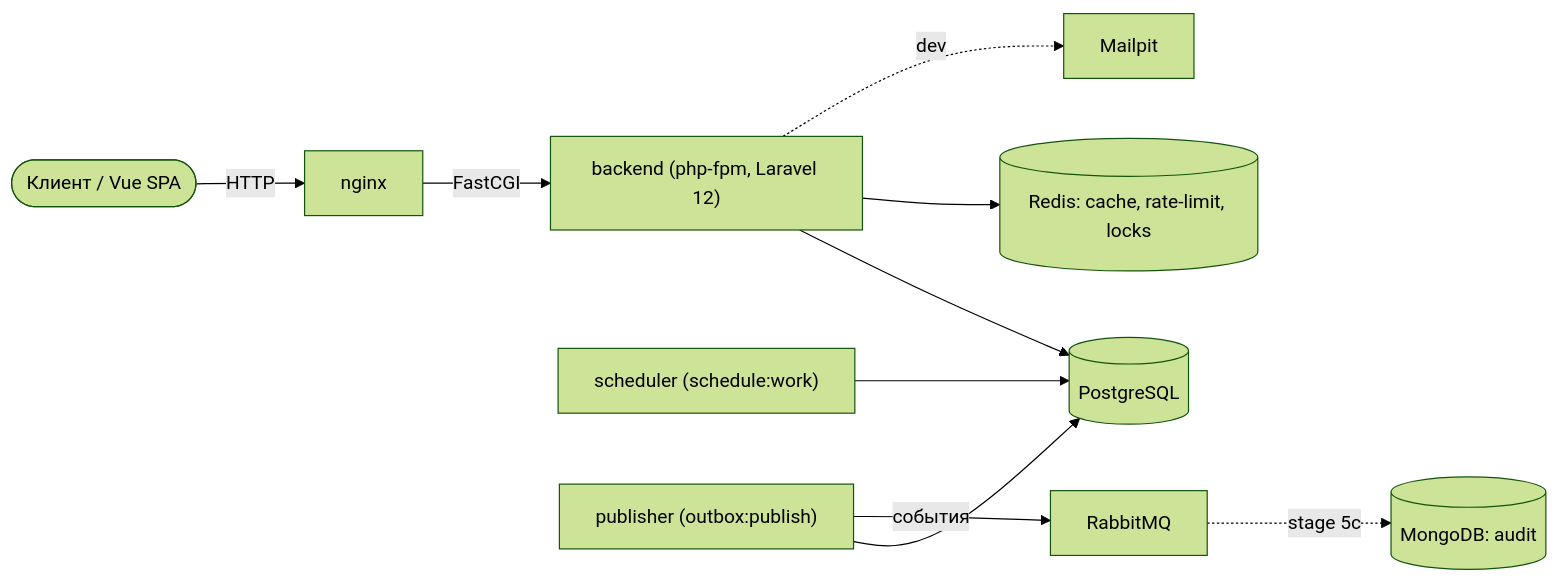
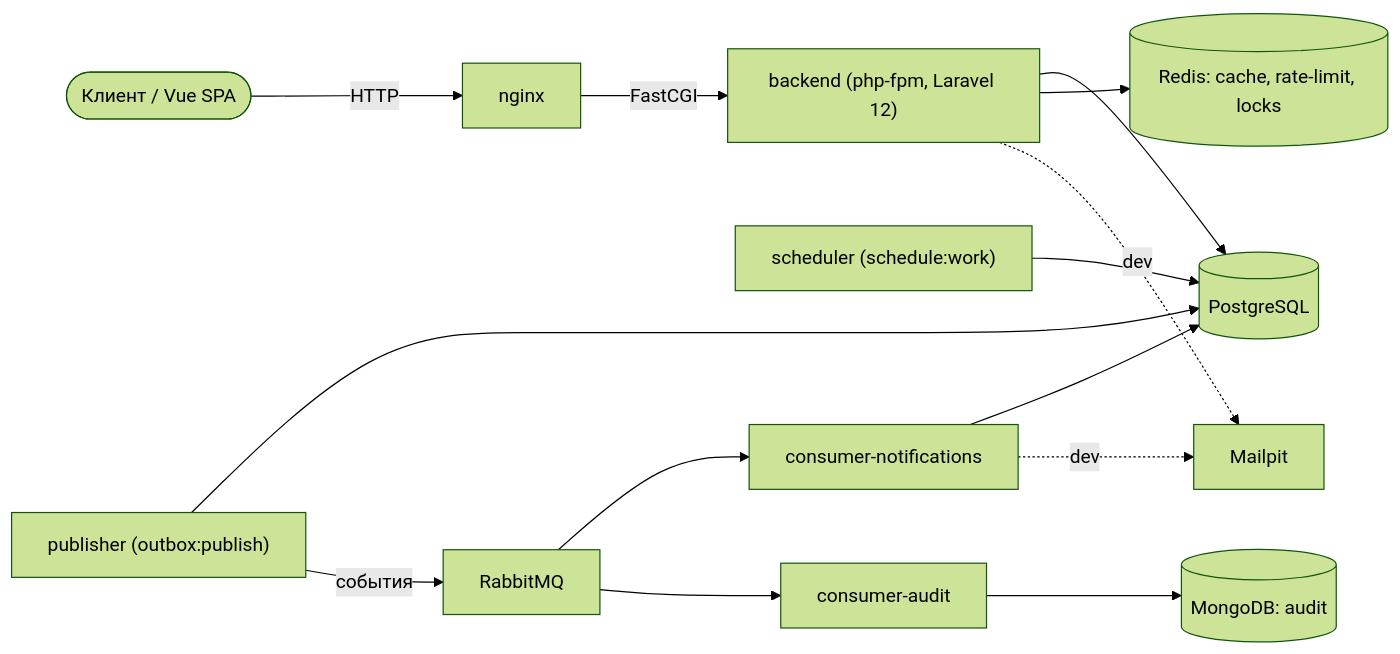
The eighth of 9 diagrams in docs/diagrams.md (azaikina568/docsign-hub), drawn with Mermaid (forest theme) before and after one commit. The commit also changed other lines of this file and 38 other files, not shown here.

First line of the commit message:
feat(messaging): consume events for sequential invitations and Mongo audit

````diff
--- a/docs/diagrams.md
+++ b/docs/diagrams.md
@@ -264,14 +301,20 @@
 ```mermaid
 flowchart LR
     Client(["Клиент / Vue SPA"]) -->|HTTP| nginx
     nginx -->|FastCGI| backend["backend (php-fpm, Laravel 12)"]
     scheduler["scheduler (schedule:work)"]
     publisher["publisher (outbox:publish)"]
+    cnotif["consumer-notifications"]
+    caudit["consumer-audit"]
     backend --> postgres[("PostgreSQL")]
     backend --> redis[("Redis: cache, rate-limit, locks")]
     scheduler --> postgres
     publisher --> postgres
     publisher -->|события| rabbitmq["RabbitMQ"]
-    backend -.->|dev| mailpit["Mailpit"]
-    rabbitmq -.->|stage 5c| mongodb[("MongoDB: audit")]
+    rabbitmq --> cnotif
+    rabbitmq --> caudit
+    cnotif --> postgres
+    cnotif -.->|dev| mailpit["Mailpit"]
+    caudit --> mongodb[("MongoDB: audit")]
+    backend -.->|dev| mailpit
 ```
````
